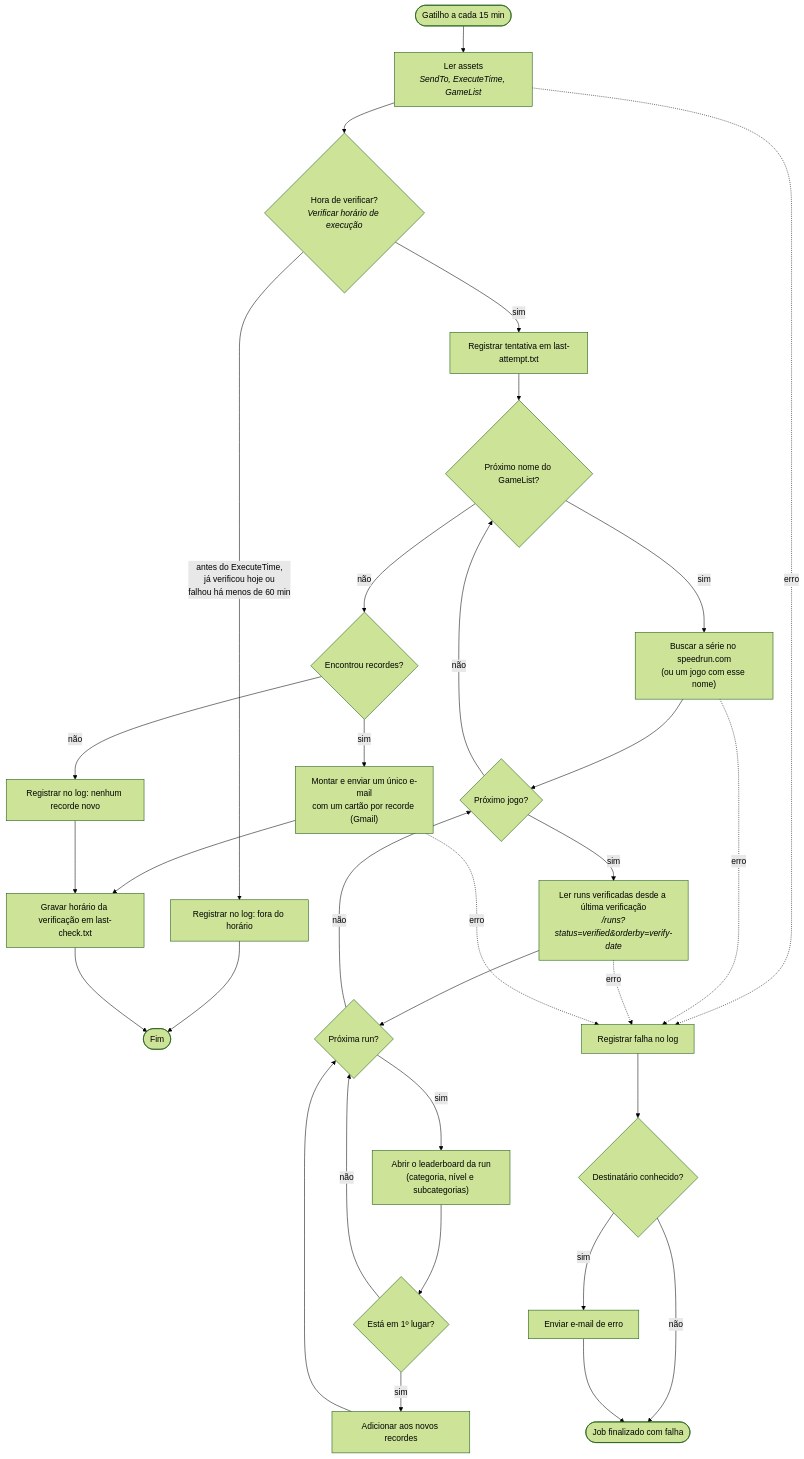
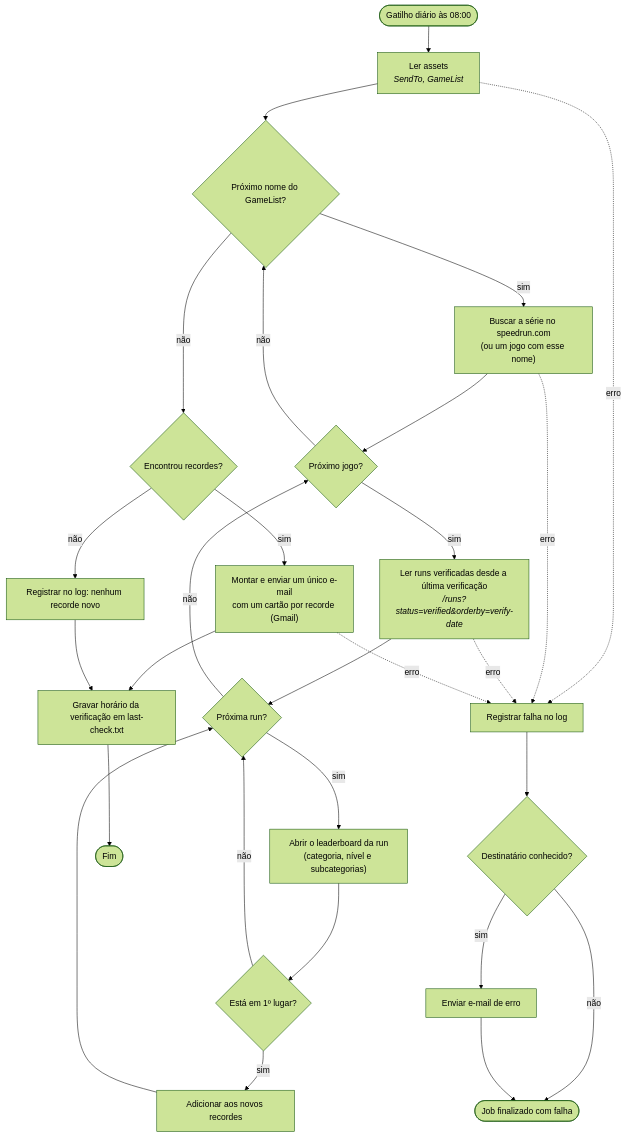
The diagram in WORKFLOW.md (LorenzoFeldens/Speedrun-Record-Checker), drawn with Mermaid (forest theme) before and after one commit. The commit also changed other lines of this file and 4 other files, not shown here.

First line of the commit message:
Gatilho único diário às 08:00 e remove o asset ExecuteTime

````diff
--- a/WORKFLOW.md
+++ b/WORKFLOW.md
@@ -15,37 +14,32 @@
 ```mermaid
 flowchart TD
-    A([Gatilho a cada 15 min]) --> B["Ler assets<br/><i>SendTo, ExecuteTime, GameList</i>"]
-    B --> C{"Hora de verificar?<br/><i>Verificar horário de execução</i>"}
-    C -->|"antes do ExecuteTime,<br/>já verificou hoje ou<br/>falhou há menos de 60 min"| N[Registrar no log: fora do horário]
-    N --> Z([Fim])
-
-    C -->|sim| D[Registrar tentativa em last-attempt.txt]
-    D --> E{Próximo nome do GameList?}
+    A([Gatilho diário às 08:00]) --> B["Ler assets<br/><i>SendTo, GameList</i>"]
+    B --> E{Próximo nome do GameList?}
     E -->|sim| F["Buscar a série no speedrun.com<br/>(ou um jogo com esse nome)"]
     F --> G{Próximo jogo?}
     G -->|sim| H["Ler runs verificadas desde a última verificação<br/><i>/runs?status=verified&orderby=verify-date</i>"]
     H --> I{Próxima run?}
     I -->|sim| J["Abrir o leaderboard da run<br/>(categoria, nível e subcategorias)"]
     J --> K{Está em 1º lugar?}
     K -->|sim| L[Adicionar aos novos recordes]
     K -->|não| I
     L --> I
     I -->|não| G
     G -->|não| E
 
     E -->|não| M{Encontrou recordes?}
     M -->|sim| O["Montar e enviar um único e-mail<br/>com um cartão por recorde (Gmail)"]
     M -->|não| P[Registrar no log: nenhum recorde novo]
     O --> Q[Gravar horário da verificação em last-check.txt]
     P --> Q
-    Q --> Z
+    Q --> Z([Fim])
 
     B -. erro .-> X[Registrar falha no log]
     F -. erro .-> X
     H -. erro .-> X
     O -. erro .-> X
     X --> X1{Destinatário conhecido?}
     X1 -->|sim| X2[Enviar e-mail de erro]
     X1 -->|não| X3([Job finalizado com falha])
     X2 --> X3
 ```
````
